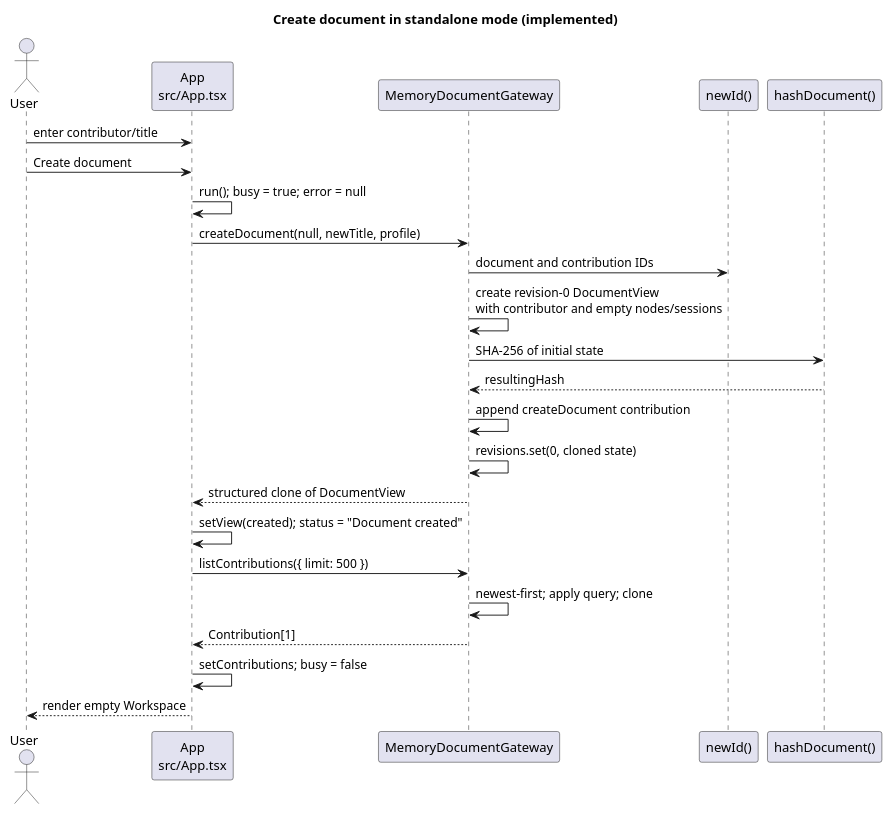
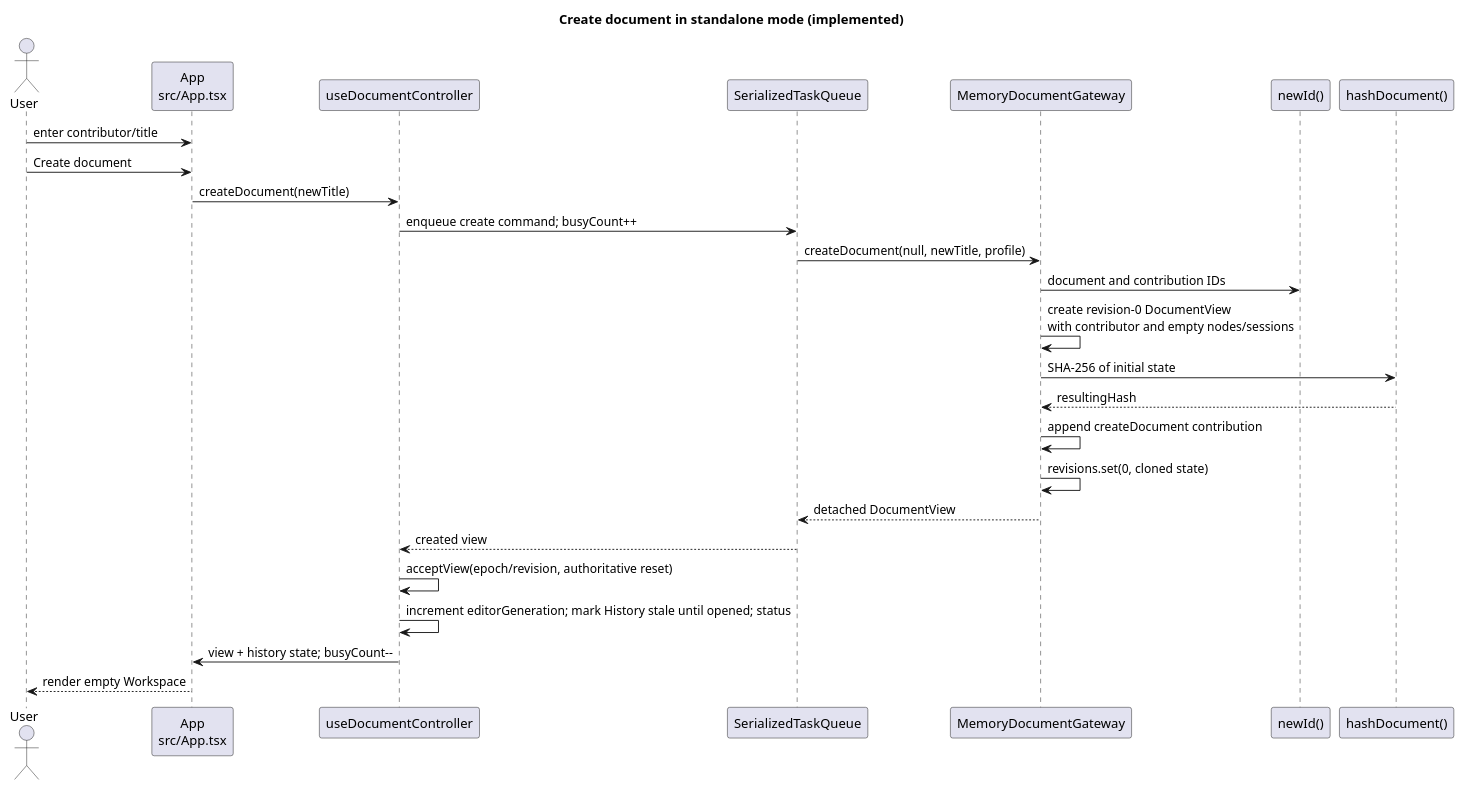
The second of 13 diagrams in docs/SEQUENCE_DIAGRAMS.md (benoit-gl/coedit), drawn with PlantUML before and after one commit. The commit also changed other lines of this file and 44 other files, not shown here.

Commit message:
Architectural update (cleanup)

````diff
--- a/docs/SEQUENCE_DIAGRAMS.md
+++ b/docs/SEQUENCE_DIAGRAMS.md
@@ -78,28 +80,30 @@
 ```plantuml
 @startuml
 title Create document in standalone mode (implemented)
 actor User
 participant "App\nsrc/App.tsx" as App
+participant "useDocumentController" as Controller
+participant "SerializedTaskQueue" as Queue
 participant "MemoryDocumentGateway" as Memory
 participant "newId()" as Ids
 participant "hashDocument()" as Hash
 
 User -> App : enter contributor/title
 User -> App : Create document
-App -> App : run(); busy = true; error = null
-App -> Memory : createDocument(null, newTitle, profile)
+App -> Controller : createDocument(newTitle)
+Controller -> Queue : enqueue create command; busyCount++
+Queue -> Memory : createDocument(null, newTitle, profile)
 Memory -> Ids : document and contribution IDs
 Memory -> Memory : create revision-0 DocumentView\nwith contributor and empty nodes/sessions
 Memory -> Hash : SHA-256 of initial state
 Hash --> Memory : resultingHash
 Memory -> Memory : append createDocument contribution
 Memory -> Memory : revisions.set(0, cloned state)
-Memory --> App : structured clone of DocumentView
-App -> App : setView(created); status = "Document created"
-App -> Memory : listContributions({ limit: 500 })
-Memory -> Memory : newest-first; apply query; clone
-Memory --> App : Contribution[1]
-App -> App : setContributions; busy = false
+Memory --> Queue : detached DocumentView
+Queue --> Controller : created view
+Controller -> Controller : acceptView(epoch/revision, authoritative reset)
+Controller -> Controller : increment editorGeneration; mark History stale until opened; status
+Controller -> App : view + history state; busyCount--
 App --> User : render empty Workspace
 @enduml
 ```
````
